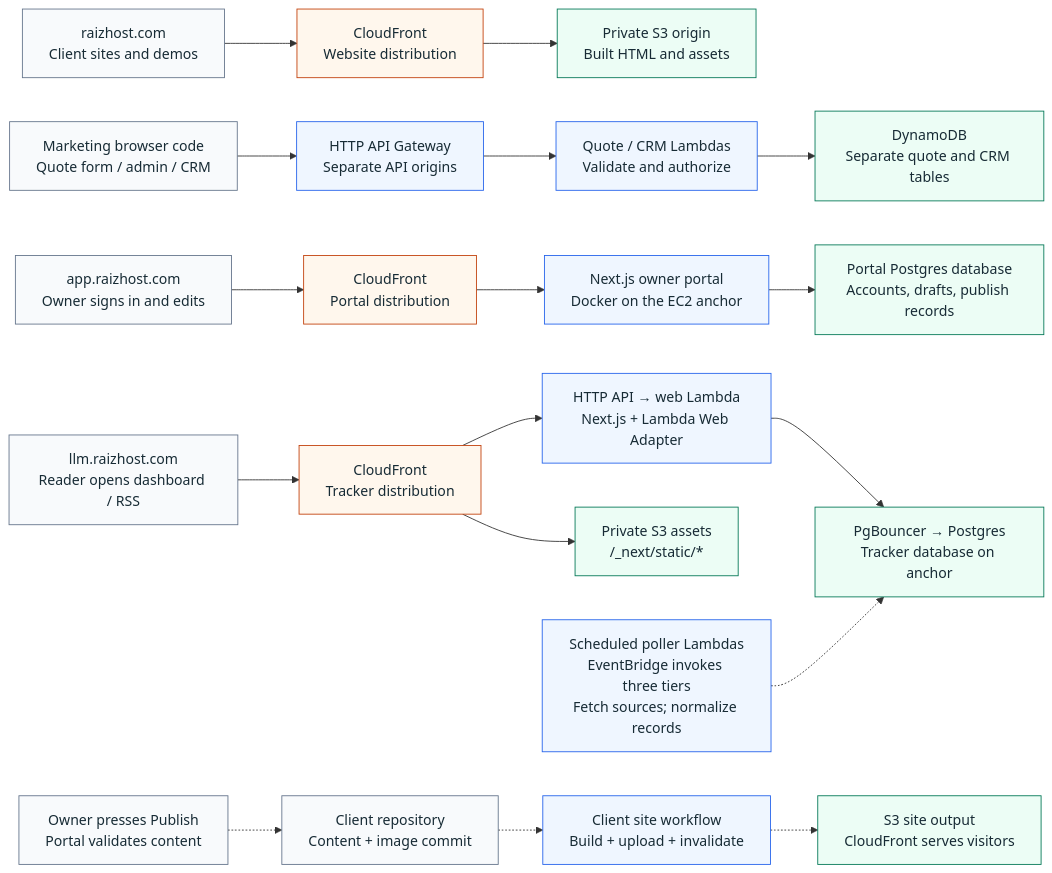
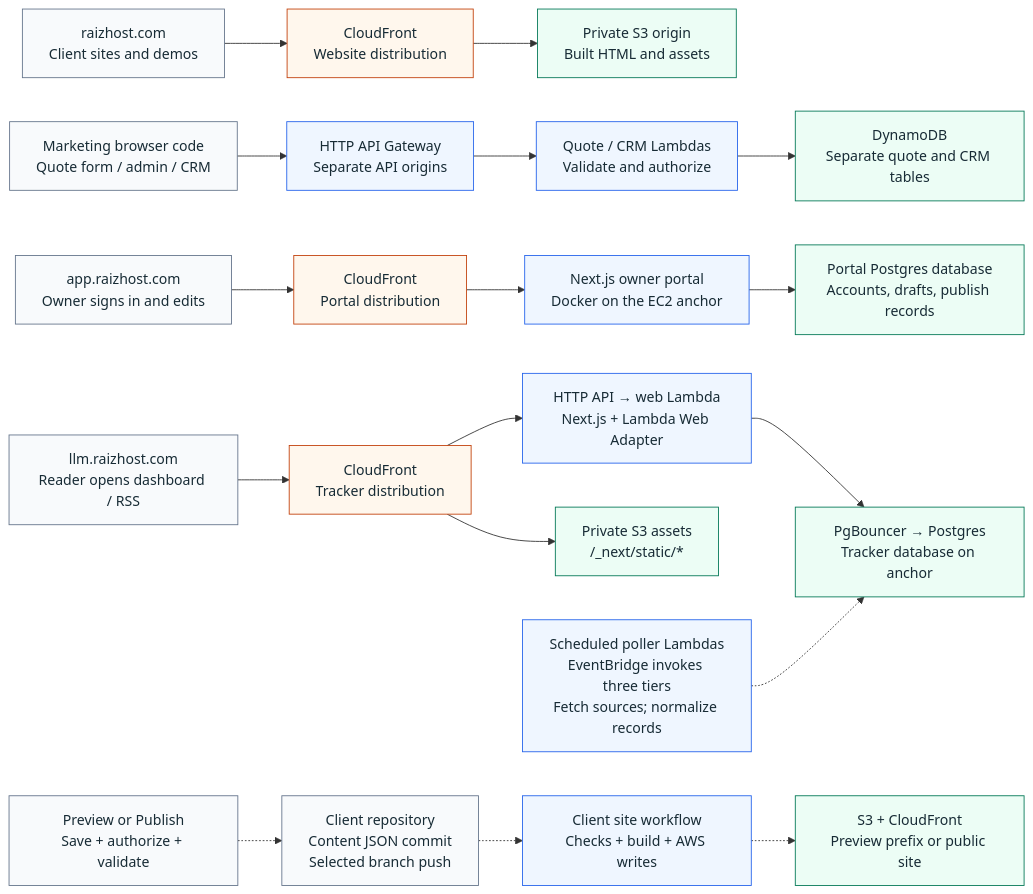
One commit to JadenRazo/raizhost-architecture changed the diagram in diagrams/architecture.mmd. Above: the diagram before and after it, drawn with Mermaid. The commit also changed 24 other files, not shown here.

Commit message:
docs: trace owner Preview and Publish through client CI/CD (#7)

```diff
--- a/diagrams/architecture.mmd
+++ b/diagrams/architecture.mmd
@@ -1,44 +1,44 @@
 %% Generated by overview.py; edit its shared nodes and edges.
 %% Cloudflare supplies DNS answers; HTTPS goes directly to CloudFront.
 flowchart LR
   classDef source fill:#f8fafc,stroke:#64748b,color:#172b35
   classDef edge fill:#fff7ed,stroke:#c2410c,color:#172b35
   classDef runtime fill:#eff6ff,stroke:#2563eb,color:#172b35
   classDef data fill:#ecfdf5,stroke:#047857,color:#172b35
   sites["raizhost.com<br/>Client sites and demos"]:::source
   site_cf["CloudFront<br/>Website distribution"]:::edge
   site_s3["Private S3 origin<br/>Built HTML and assets"]:::data
   forms["Marketing browser code<br/>Quote form / admin / CRM"]:::source
   quote_api["HTTP API Gateway<br/>Separate API origins"]:::runtime
   quote_fn["Quote / CRM Lambdas<br/>Validate and authorize"]:::runtime
   ddb["DynamoDB<br/>Separate quote and CRM tables"]:::data
   owner["app.raizhost.com<br/>Owner signs in and edits"]:::source
   app_cf["CloudFront<br/>Portal distribution"]:::edge
   portal["Next.js owner portal<br/>Docker on the EC2 anchor"]:::runtime
   editor_db["Portal Postgres database<br/>Accounts, drafts, publish records"]:::data
   reader["llm.raizhost.com<br/>Reader opens dashboard / RSS"]:::source
   llm_cf["CloudFront<br/>Tracker distribution"]:::edge
   web["HTTP API → web Lambda<br/>Next.js + Lambda Web Adapter"]:::runtime
   tracker_db["PgBouncer → Postgres<br/>Tracker database on anchor"]:::data
   bundles["Private S3 assets<br/>/_next/static/*"]:::data
   pollers["Scheduled poller Lambdas<br/>EventBridge invokes three tiers<br/>Fetch sources; normalize records"]:::runtime
-  publish["Owner presses Publish<br/>Portal validates content"]:::source
-  repo["Client repository<br/>Content + image commit"]:::source
-  build["Client site workflow<br/>Build + upload + invalidate"]:::runtime
-  output["S3 site output<br/>CloudFront serves visitors"]:::data
+  publish["Preview or Publish<br/>Save + authorize + validate"]:::source
+  repo["Client repository<br/>Content JSON commit<br/>Selected branch push"]:::source
+  build["Client site workflow<br/>Checks + build + AWS writes"]:::runtime
+  output["S3 + CloudFront<br/>Preview prefix or public site"]:::data
   sites --> site_cf
   site_cf --> site_s3
   forms --> quote_api
   quote_api --> quote_fn
   quote_fn --> ddb
   owner --> app_cf
   app_cf --> portal
   portal --> editor_db
   reader --> llm_cf
   llm_cf --> web
   web --> tracker_db
   publish -.-> repo
   repo -.-> build
   build -.-> output
   llm_cf --> bundles
   pollers -.-> tracker_db
```
